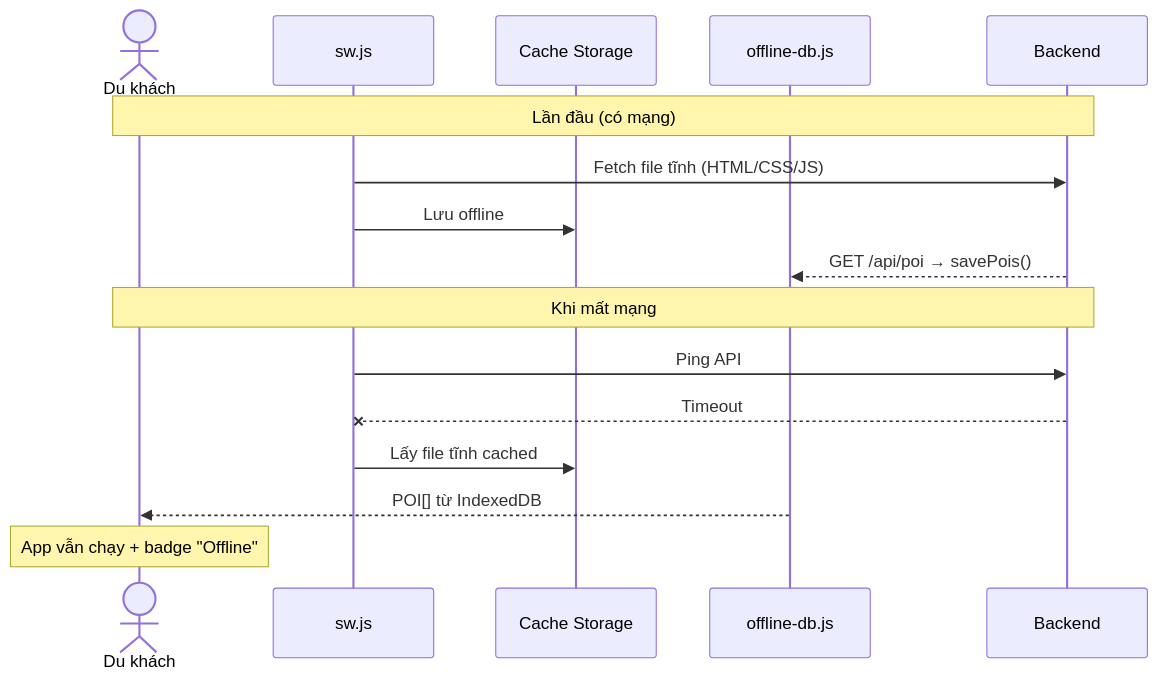
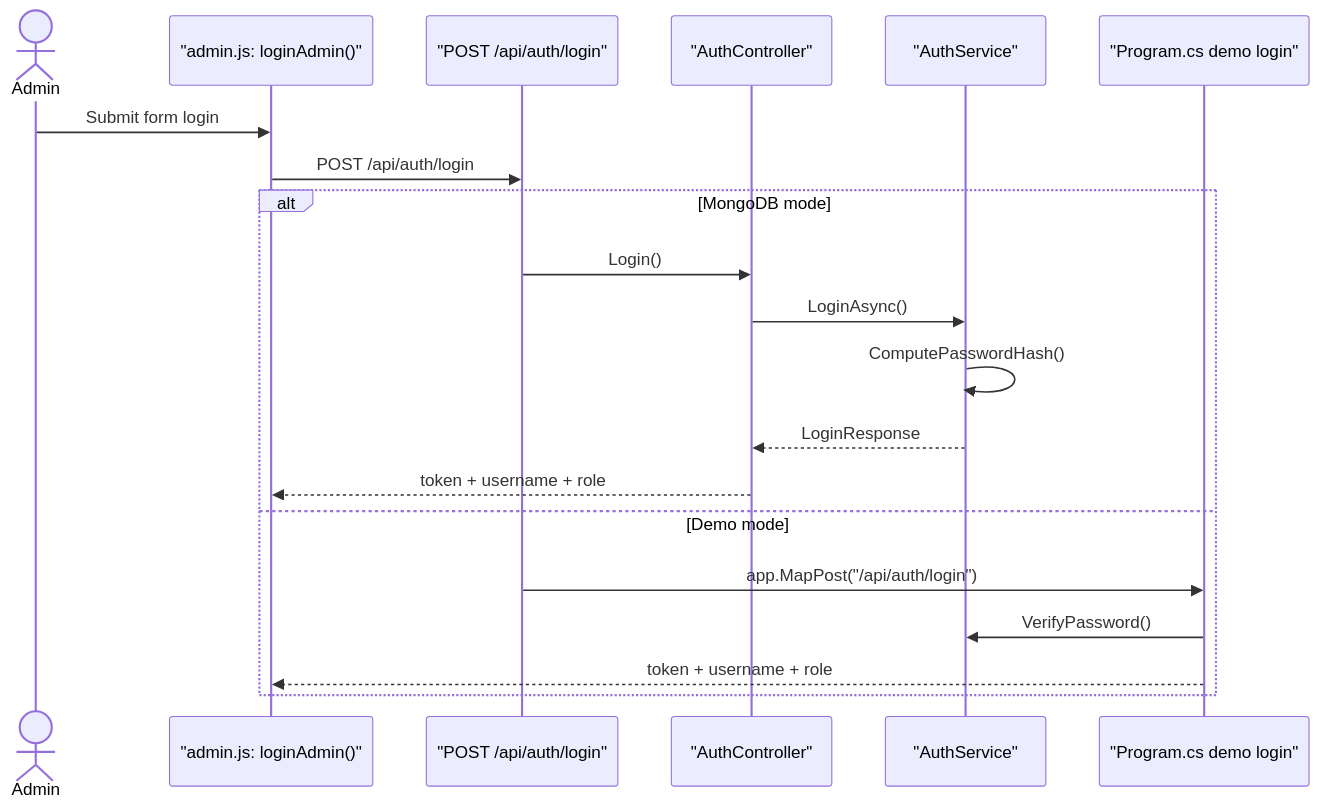
The fifth of 6 diagrams in PRD_VinhKhanh_Final2.md (Hzyl/CShape), drawn with Mermaid before and after one commit. The commit also changed other lines of this file and 46 other files, not shown here.

````diff
--- a/PRD_VinhKhanh_Final2.md
+++ b/PRD_VinhKhanh_Final2.md
@@ -382,20 +375,23 @@
 ```mermaid
 sequenceDiagram
-    actor User as Du khách
-    participant SW as sw.js
-    participant Cache as Cache Storage
-    participant IDB as offline-db.js
-    participant Server as Backend
+    actor Admin as Admin
+    participant CMS as "admin.js: loginAdmin()"
+    participant API as "POST /api/auth/login"
+    participant AuthController as "AuthController"
+    participant AuthService as "AuthService"
+    participant DemoMode as "Program.cs demo login"
 
-    Note over User,Server: Lần đầu (có mạng)
-    SW->>Server: Fetch file tĩnh (HTML/CSS/JS)
-    SW->>Cache: Lưu offline
-    Server-->>IDB: GET /api/poi → savePois()
-
-    Note over User,Server: Khi mất mạng
-    SW->>Server: Ping API
-    Server--xSW: Timeout
-    SW->>Cache: Lấy file tĩnh cached
-    IDB-->>User: POI[] từ IndexedDB
-    Note over User: App vẫn chạy + badge "Offline"
+    Admin->>CMS: Submit form login
+    CMS->>API: POST /api/auth/login
+    alt MongoDB mode
+        API->>AuthController: Login()
+        AuthController->>AuthService: LoginAsync()
+        AuthService->>AuthService: ComputePasswordHash()
+        AuthService-->>AuthController: LoginResponse
+        AuthController-->>CMS: token + username + role
+    else Demo mode
+        API->>DemoMode: app.MapPost("/api/auth/login")
+        DemoMode->>AuthService: VerifyPassword()
+        DemoMode-->>CMS: token + username + role
+    end
 ```
````
